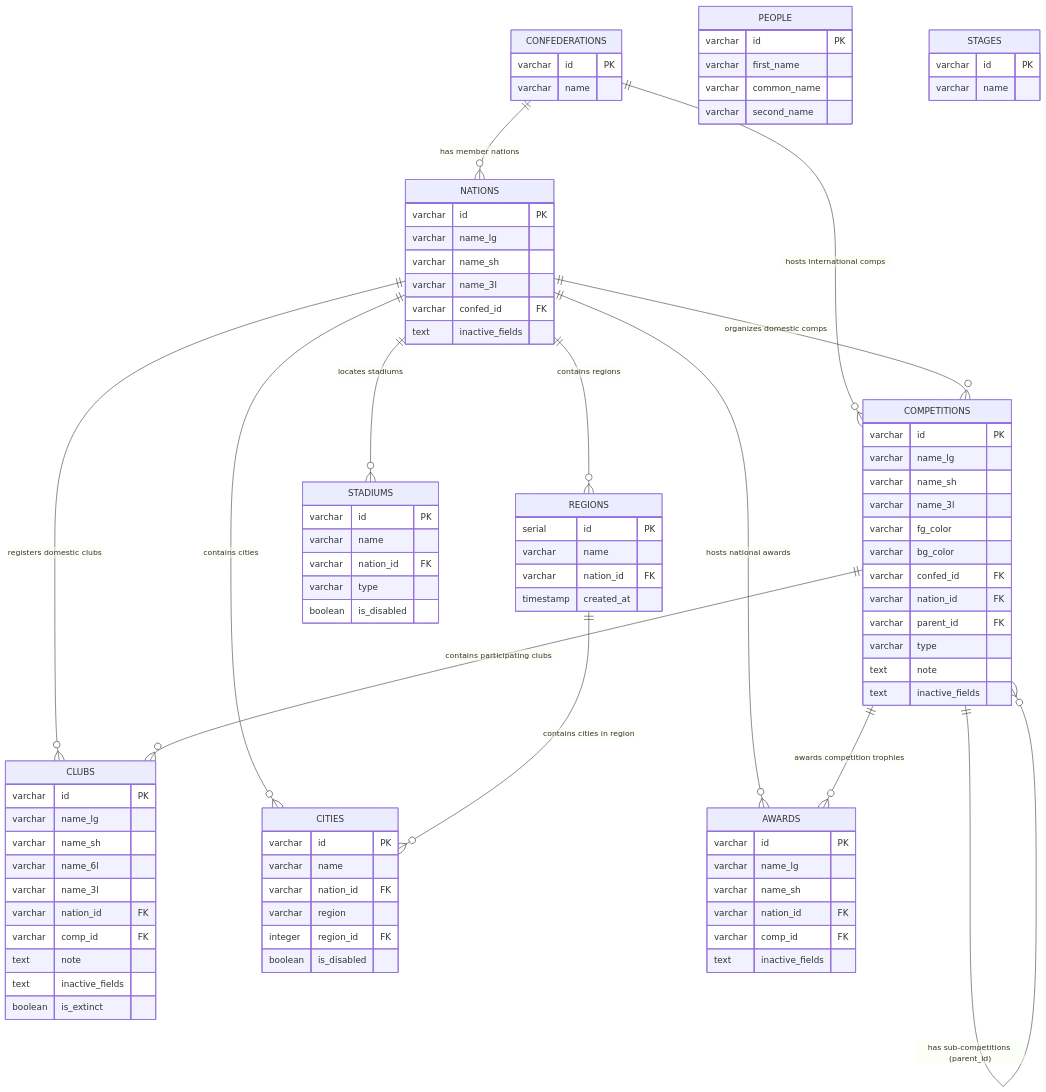
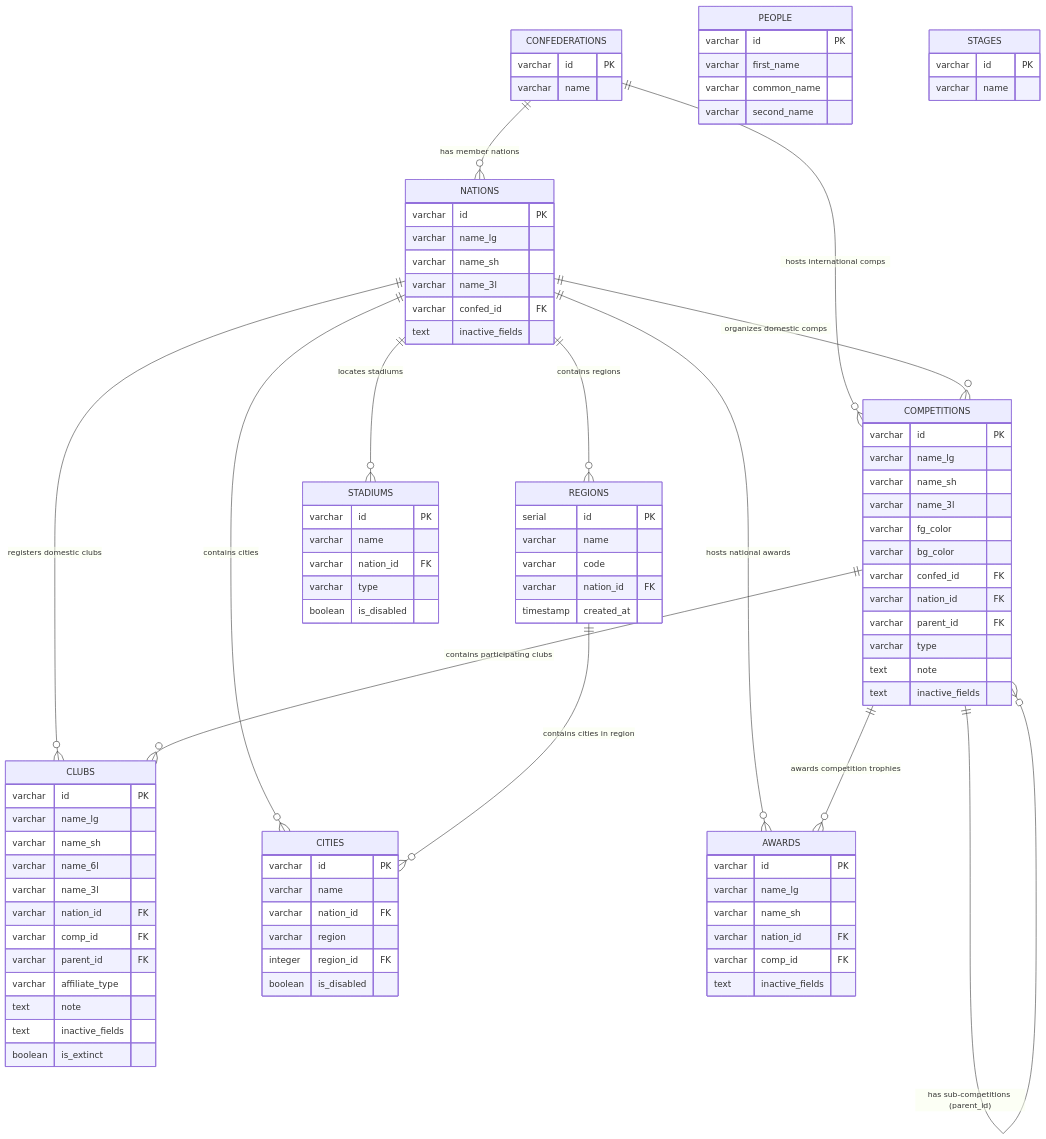
One commit to ddthumonky88/fm-lnc changed the diagram in README.md. Above: the diagram before and after it, drawn with Mermaid. The commit also changed other lines of this file and 13 other files, not shown here.

```diff
--- a/README.md
+++ b/README.md
@@ -313,6 +313,8 @@
         varchar name_3l
         varchar nation_id FK
         varchar comp_id FK
+        varchar parent_id FK
+        varchar affiliate_type
         text note
         text inactive_fields
         boolean is_extinct
@@ -321,6 +323,7 @@
     REGIONS {
         serial id PK
         varchar name
+        varchar code
         varchar nation_id FK
         timestamp created_at
     }
```
